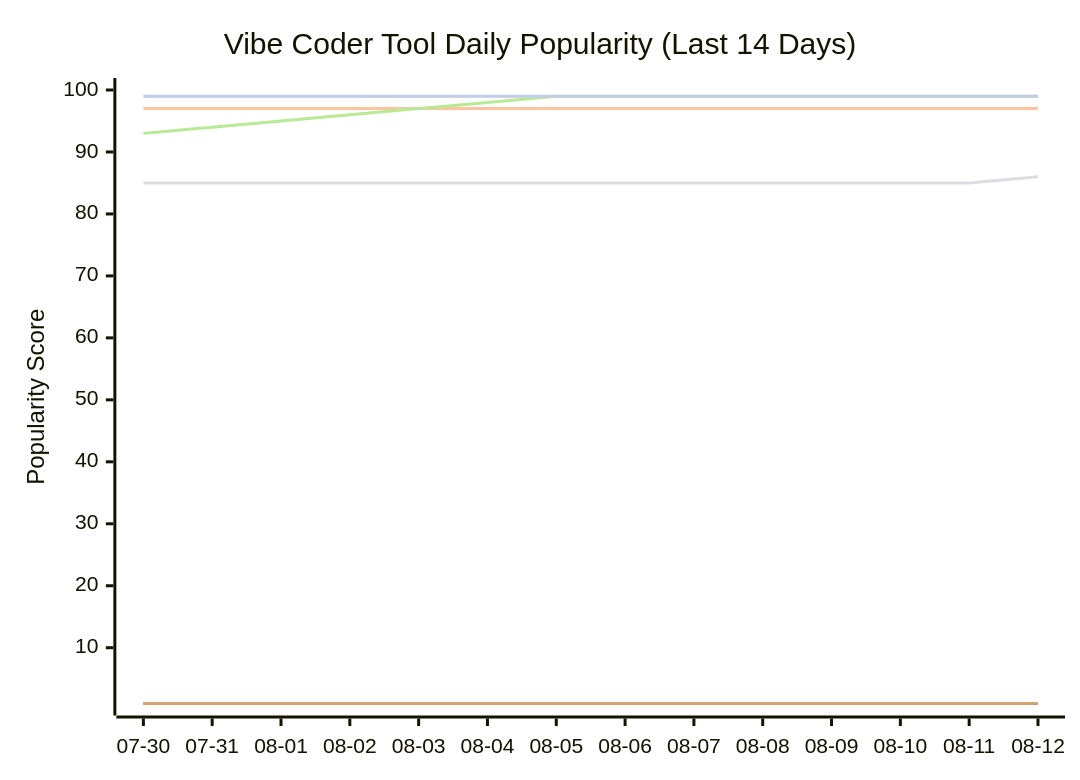
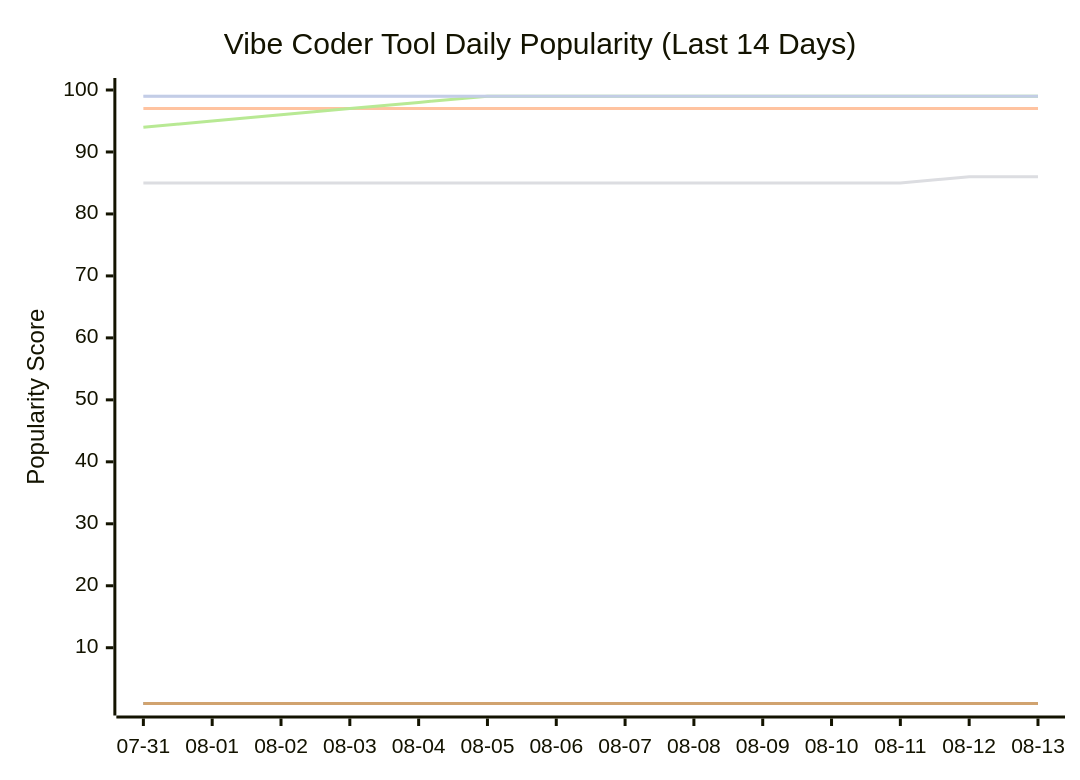
One commit to tykimos/ai-whatchelin changed the seventh of 11 diagrams in README.md. Above: the diagram before and after it, drawn with Mermaid. The commit also changed other lines of this file and 4 other files, not shown here.

````diff
--- a/README.md
+++ b/README.md
@@ -2240,13 +2247,13 @@
 ```mermaid
 xychart-beta
     title "Vibe Coder Tool Daily Popularity (Last 14 Days)"
-    x-axis ["07-30", "07-31", "08-01", "08-02", "08-03", "08-04", "08-05", "08-06", "08-07", "08-08", "08-09", "08-10", "08-11", "08-12"]
+    x-axis ["07-31", "08-01", "08-02", "08-03", "08-04", "08-05", "08-06", "08-07", "08-08", "08-09", "08-10", "08-11", "08-12", "08-13"]
     y-axis "Popularity Score" 1 --> 100
     line "Claude Code" [99, 99, 99, 99, 99, 99, 99, 99, 99, 99, 99, 99, 99, 99]
     line "GH Copilot" [1, 1, 1, 1, 1, 1, 1, 1, 1, 1, 1, 1, 1, 1]
     line "Cursor" [97, 97, 97, 97, 97, 97, 97, 97, 97, 97, 97, 97, 97, 97]
-    line "Windsurf" [85, 85, 85, 85, 85, 85, 85, 85, 85, 85, 85, 85, 85, 86]
-    line "Codex CLI" [93, 94, 95, 96, 97, 98, 99, 99, 99, 99, 99, 99, 99, 99]
+    line "Windsurf" [85, 85, 85, 85, 85, 85, 85, 85, 85, 85, 85, 85, 86, 86]
+    line "Codex CLI" [94, 95, 96, 97, 98, 99, 99, 99, 99, 99, 99, 99, 99, 99]
     line "Gemini CLI" [1, 1, 1, 1, 1, 1, 1, 1, 1, 1, 1, 1, 1, 1]
     line "Antigravity" [99, 99, 99, 99, 99, 99, 99, 99, 99, 99, 99, 99, 99, 99]
 ```
````
